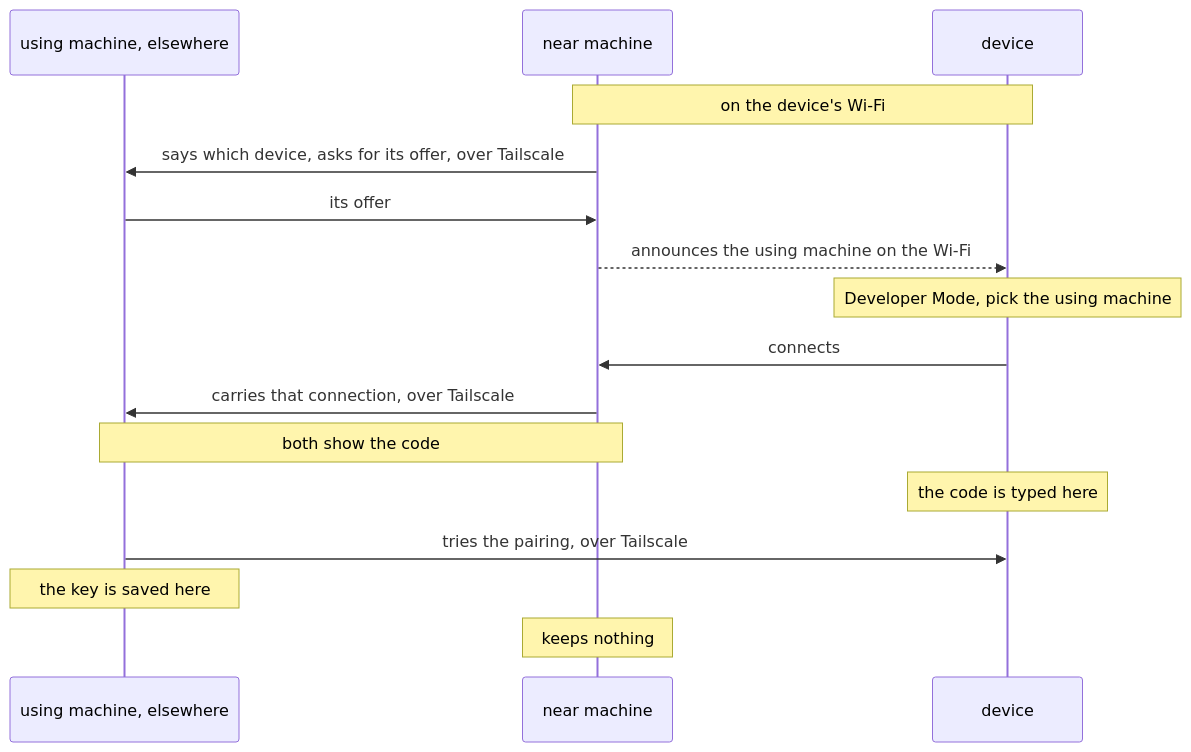
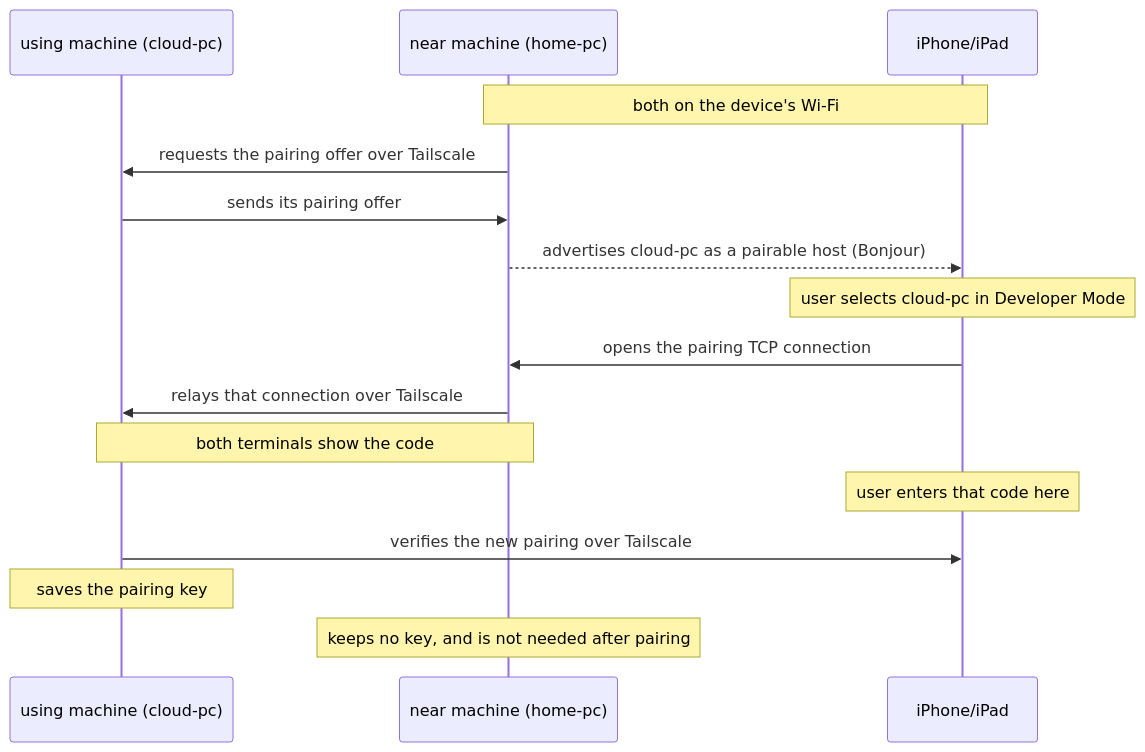
Before and after one commit to mh-mobile/RoamRun: the second of 3 diagrams in Rust/roamrunctl/README.md, drawn with Mermaid. The commit also changed other lines of this file and 1 other file, not shown here.

First line of the commit message:
The README and its reference as revised by a review, in plainer words and with names for the machines in its examples

````diff
--- a/Rust/roamrunctl/README.md
+++ b/Rust/roamrunctl/README.md
@@ -98,18 +149,18 @@
 ```mermaid
 sequenceDiagram
-  participant U as using machine, elsewhere
-  participant N as near machine
-  participant D as device
-  Note over N,D: on the device's Wi-Fi
-  N->>U: says which device, asks for its offer, over Tailscale
-  U->>N: its offer
-  N-->>D: announces the using machine on the Wi-Fi
-  Note over D: Developer Mode, pick the using machine
-  D->>N: connects
-  N->>U: carries that connection, over Tailscale
-  Note over U,N: both show the code
-  Note over D: the code is typed here
-  U->>D: tries the pairing, over Tailscale
-  Note over U: the key is saved here
-  Note over N: keeps nothing
+  participant U as using machine (cloud-pc)
+  participant N as near machine (home-pc)
+  participant D as iPhone/iPad
+  Note over N,D: both on the device's Wi-Fi
+  N->>U: requests the pairing offer over Tailscale
+  U->>N: sends its pairing offer
+  N-->>D: advertises cloud-pc as a pairable host (Bonjour)
+  Note over D: user selects cloud-pc in Developer Mode
+  D->>N: opens the pairing TCP connection
+  N->>U: relays that connection over Tailscale
+  Note over U,N: both terminals show the code
+  Note over D: user enters that code here
+  U->>D: verifies the new pairing over Tailscale
+  Note over U: saves the pairing key
+  Note over N: keeps no key, and is not needed after pairing
 ```
````
